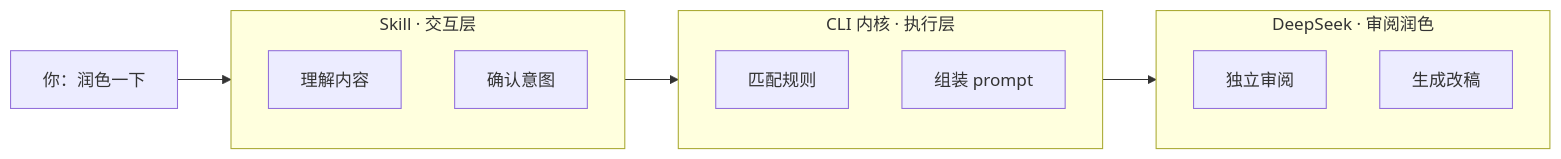
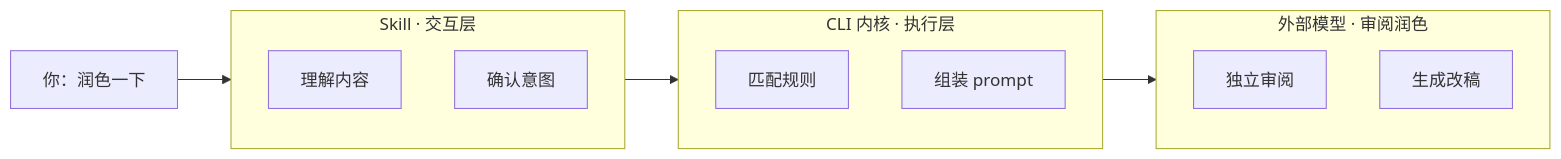
One commit to KKL08/Scriptorium changed the diagram in violet-refine/README.md. Above: the diagram before and after it, drawn with Mermaid. The commit also changed other lines of this file and 5 other files, not shown here.

Commit message:
violet-refine: multi-model support (DeepSeek V4 Flash, Gemini 3.7 Flash) and C03 expansion

````diff
--- a/violet-refine/README.md
+++ b/violet-refine/README.md
@@ -84,18 +84,18 @@
 ```mermaid
 graph LR
     U["你：润色一下"] --> A
     subgraph A["Skill · 交互层"]
         A1[理解内容]
         A2[确认意图]
     end
     A --> B
     subgraph B["CLI 内核 · 执行层"]
         B1[匹配规则]
         B2[组装 prompt]
     end
     B --> C
-    subgraph C["DeepSeek · 审阅润色"]
+    subgraph C["外部模型 · 审阅润色"]
         C1[独立审阅]
         C2[生成改稿]
     end
 ```
````
